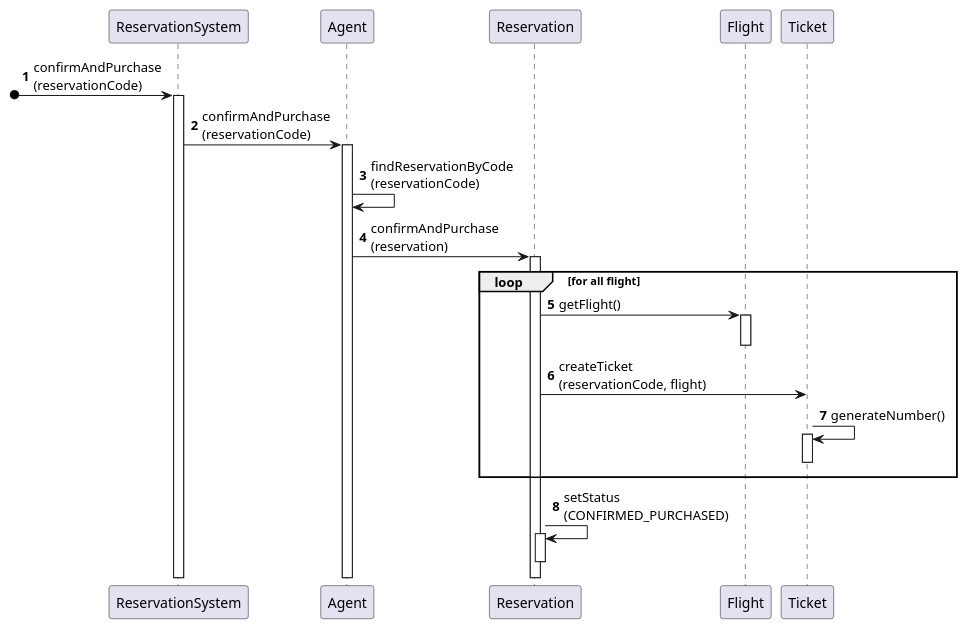
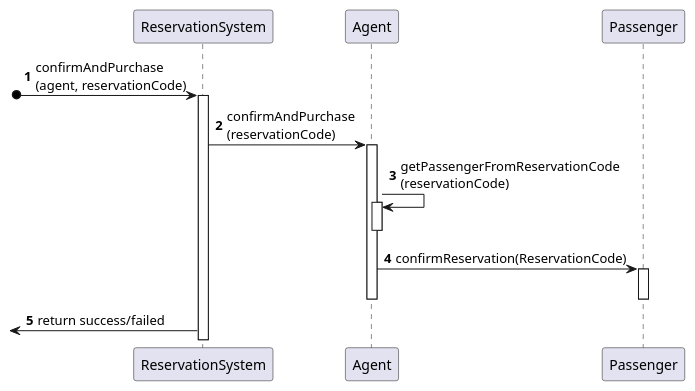
Before and after one commit to Ochirgarid/mpp-project: the diagram in diagrams/plantuml/3-16-sequence-diagram.md, drawn with PlantUML. The commit also changed 12 other files, not shown here.

Commit message:
4 sequence diagrams update

````diff
--- a/diagrams/plantuml/3-16-sequence-diagram.md
+++ b/diagrams/plantuml/3-16-sequence-diagram.md
@@ -1,29 +1,22 @@
 ```plantuml
 @startuml
 
 autonumber
 
-[o->ReservationSystem: confirmAndPurchase\n(reservationCode)
+[o->ReservationSystem: confirmAndPurchase\n(agent, reservationCode)
 activate ReservationSystem
 ReservationSystem -> Agent: confirmAndPurchase\n(reservationCode)
 activate Agent
-Agent -> Agent:findReservationByCode\n(reservationCode)
-Agent -> Reservation: confirmAndPurchase\n(reservation)
-activate Reservation
-loop for all flight
-    Reservation -> Flight: getFlight()
-    activate Flight
-    deactivate Flight
-    Reservation -> Ticket: createTicket\n(reservationCode, flight)
-    Ticket -> Ticket: generateNumber()
-    activate Ticket
-    deactivate Ticket
-end
+Agent -> Agent: getPassengerFromReservationCode\n(reservationCode)
+activate Agent
+deactivate Agent
+Agent->Passenger: confirmReservation(ReservationCode)
+activate Passenger
+deactivate Passenger
+deactivate Agent
+[<-ReservationSystem: return success/failed
 
-Reservation -> Reservation: setStatus\n(CONFIRMED_PURCHASED)
-activate Reservation
-deactivate Reservation
 
 
 @enduml
 ```
````
